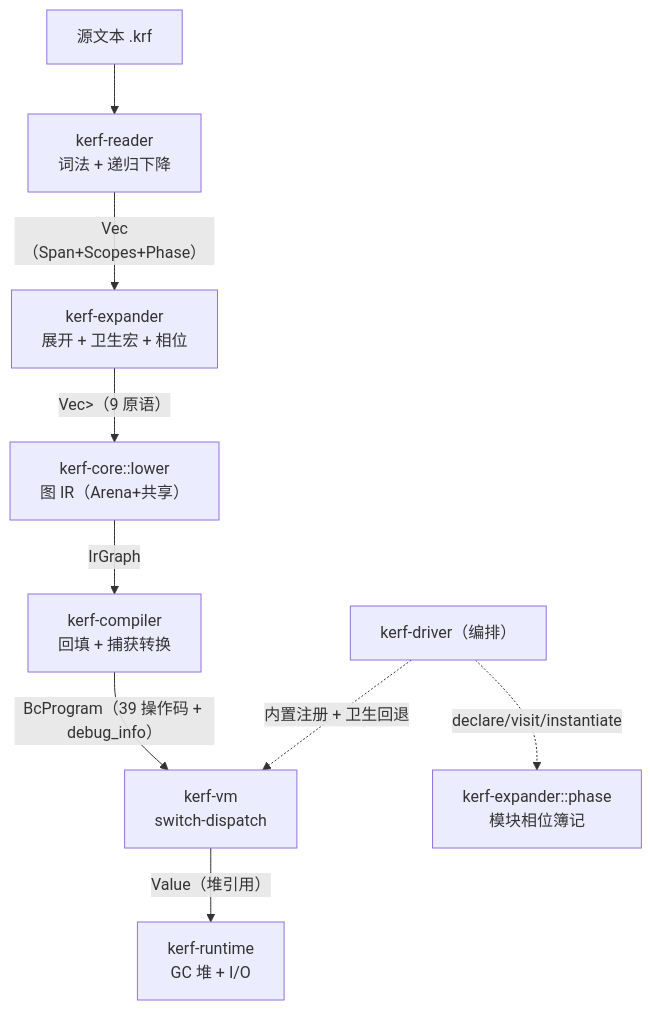
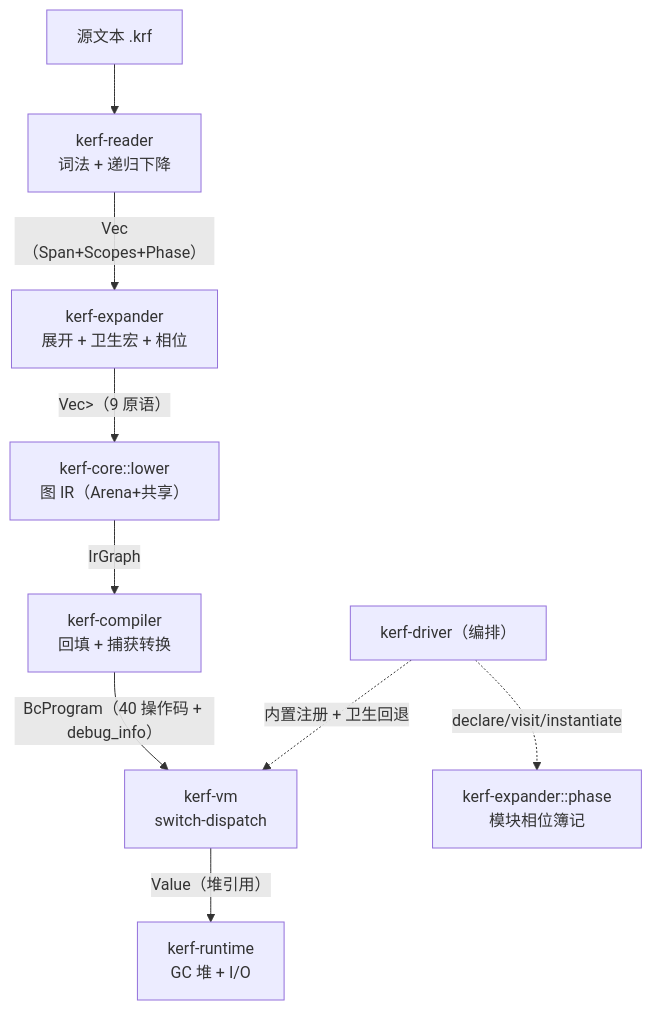
One commit to Redskaber/kerf changed the first of 2 diagrams in docs/graph/pipeline/data-flow.md. Above: the diagram before and after it, drawn with Mermaid. The commit also changed 25 other files, not shown here.

````diff
--- a/docs/graph/pipeline/data-flow.md
+++ b/docs/graph/pipeline/data-flow.md
@@ -10,11 +10,11 @@
 ```mermaid
 flowchart TD
     SRC["源文本 .krf"] --> READER["kerf-reader<br/>词法 + 递归下降"]
     READER -->|"Vec<Stx>（Span+Scopes+Phase）"| EXP["kerf-expander<br/>展开 + 卫生宏 + 相位"]
     EXP -->|"Vec<Rc<CoreExpr>>（9 原语）"| IR["kerf-core::lower<br/>图 IR（Arena+共享）"]
     IR -->|"IrGraph"| COMP["kerf-compiler<br/>回填 + 捕获转换"]
-    COMP -->|"BcProgram（39 操作码 + debug_info）"| VM["kerf-vm<br/>switch-dispatch"]
+    COMP -->|"BcProgram（40 操作码 + debug_info）"| VM["kerf-vm<br/>switch-dispatch"]
     VM -->|"Value（堆引用）"| RT["kerf-runtime<br/>GC 堆 + I/O"]
     DRIVER["kerf-driver（编排）"] -.->|"declare/visit/instantiate"| PH["kerf-expander::phase<br/>模块相位簿记"]
     DRIVER -.->|"内置注册 + 卫生回退"| VM
 ```
````
